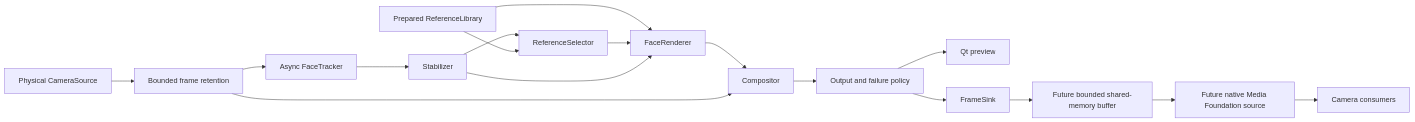
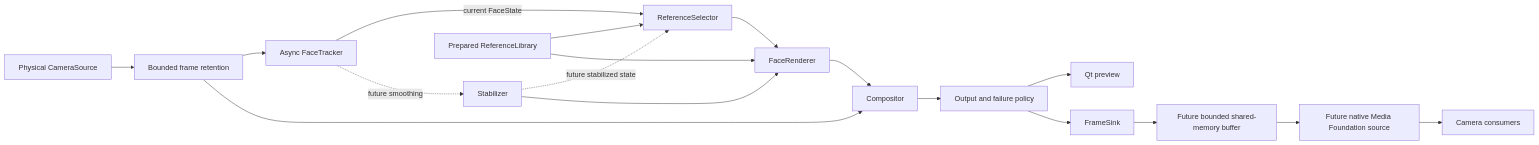
Before and after one commit to rexgallaron524/FaceSwap_For_Visaselfie: the diagram in docs/architecture.md, drawn with Mermaid. The commit also changed other lines of this file and 12 other files, not shown here.

````diff
--- a/docs/architecture.md
+++ b/docs/architecture.md
@@ -20,19 +20,20 @@
 ```mermaid
 flowchart LR
     Camera[Physical CameraSource] --> Frame[Bounded frame retention]
     Frame --> Tracker[Async FaceTracker]
-    Tracker --> Stabilizer
-    Stabilizer --> Selector[ReferenceSelector]
+    Tracker -->|current FaceState| Selector[ReferenceSelector]
+    Tracker -. future smoothing .-> Stabilizer
+    Stabilizer -. future stabilized state .-> Selector
     Library[Prepared ReferenceLibrary] --> Selector
     Library --> Renderer[FaceRenderer]
     Selector --> Renderer
     Stabilizer --> Renderer
     Renderer --> Compositor
     Frame --> Compositor
     Compositor --> Policy[Output and failure policy]
     Policy --> Preview[Qt preview]
     Policy --> Sink[FrameSink]
     Sink --> Ring[Future bounded shared-memory buffer]
     Ring --> Native[Future native Media Foundation source]
     Native --> Meeting[Camera consumers]
 ```
````
